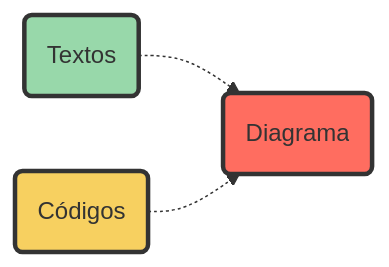
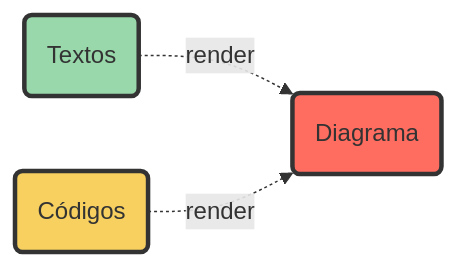
One commit to francojra/meu_blog_com_quarto changed the diagram in intro_mermaid.qmd. Above: the diagram before and after it, drawn with Mermaid. The commit also changed other lines of this file, not shown here.

````diff
--- a/intro_mermaid.qmd
+++ b/intro_mermaid.qmd
@@ -16,11 +18,11 @@
 ```{mermaid}
 
     flowchart LR
 
-      id1(Textos) -.-> id3(Diagrama)
-      id2(Códigos) -.->id3(Diagrama)
+      id1(Textos) -.-> |render| id3(Diagrama)
+      id2(Códigos) -.-> |render| id3(Diagrama)
       
       style id1 fill:#98D8AA,stroke:#333,stroke-width:3px
       style id2 fill:#F7D060,stroke:#333,stroke-width:3px
       style id3 fill:#FF6D60,stroke:#333,stroke-width:3px
 ```
````
